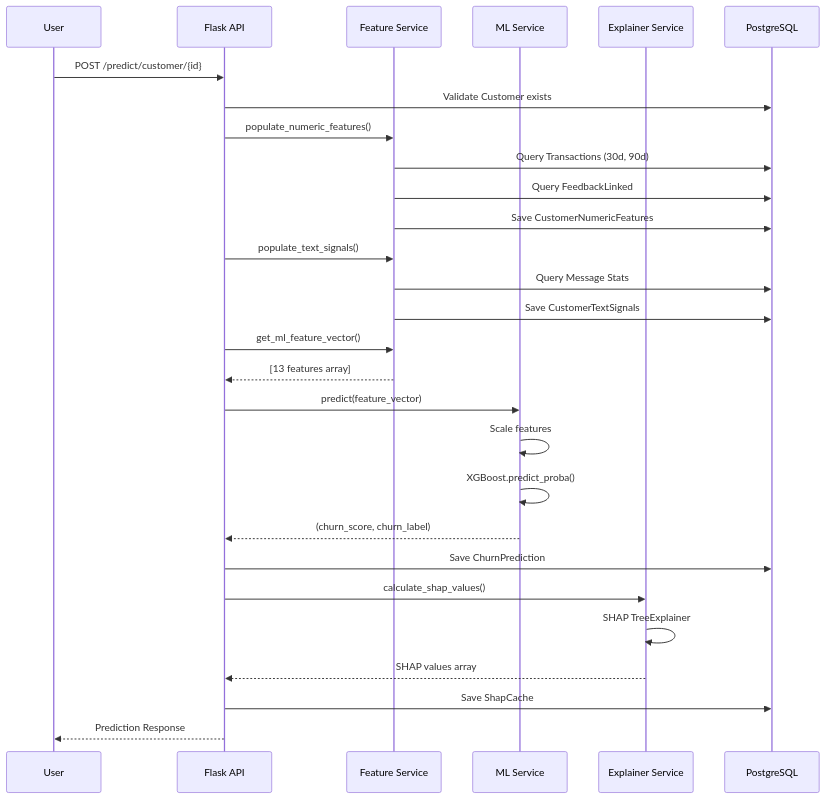
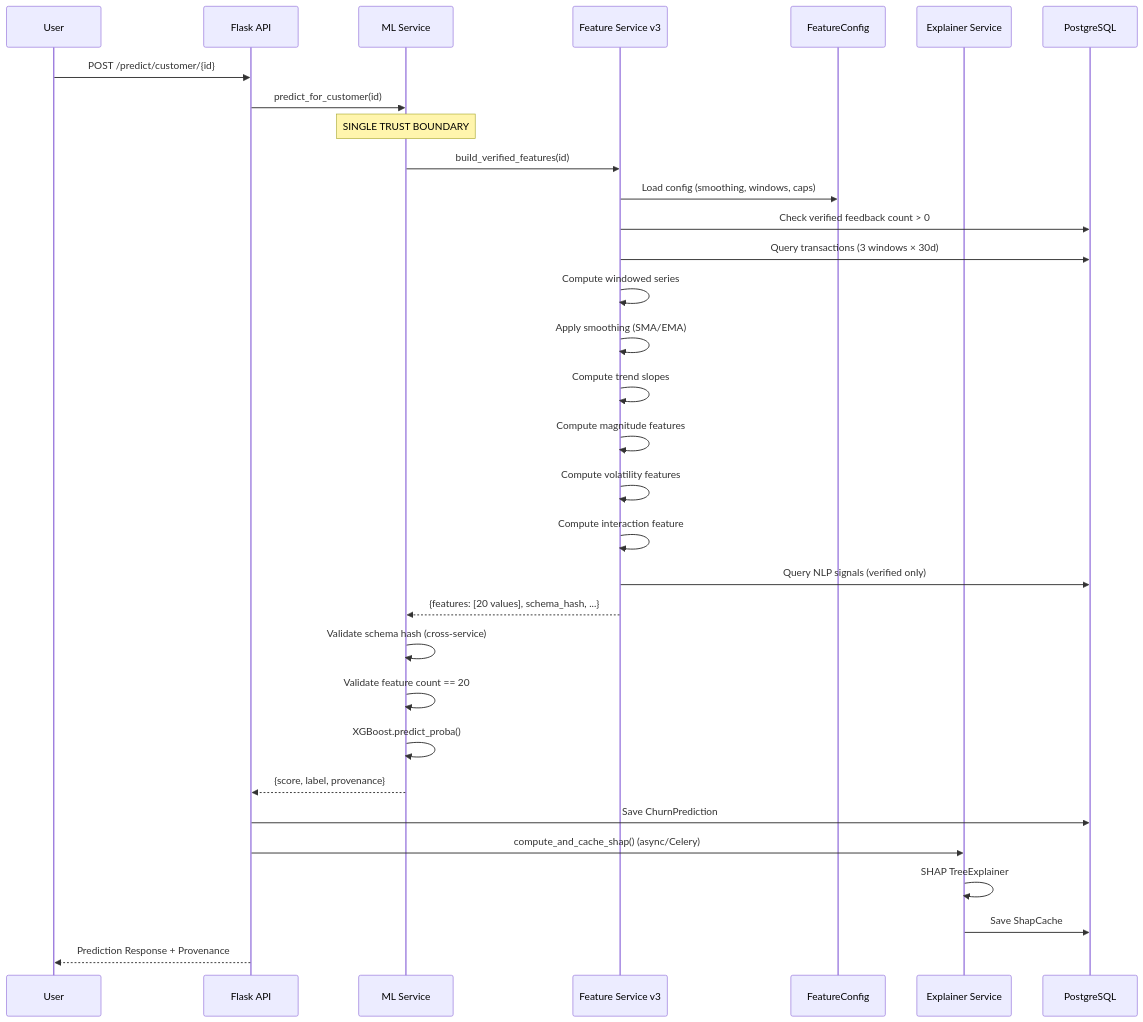
The fourth of 15 diagrams in DOKUMENTASI_SISTEM.md (adamsafril19/Customer-Analitycs--Mamina-), drawn with Mermaid before and after one commit. The commit also changed other lines of this file and 21 other files, not shown here.

Commit message:
feat: implement full-stack customer churn analytics and detail dashboard interface

````diff
--- a/DOKUMENTASI_SISTEM.md
+++ b/DOKUMENTASI_SISTEM.md
@@ -239,38 +272,40 @@
 ```mermaid
 sequenceDiagram
     participant User
     participant API as Flask API
-    participant FS as Feature Service
     participant ML as ML Service
+    participant FS as Feature Service v3
+    participant FC as FeatureConfig
     participant EX as Explainer Service
     participant DB as PostgreSQL
 
     User->>API: POST /predict/customer/{id}
-    API->>DB: Validate Customer exists
+    API->>ML: predict_for_customer(id)
 
-    API->>FS: populate_numeric_features()
-    FS->>DB: Query Transactions (30d, 90d)
-    FS->>DB: Query FeedbackLinked
-    FS->>DB: Save CustomerNumericFeatures
+    Note over ML: SINGLE TRUST BOUNDARY
 
-    API->>FS: populate_text_signals()
-    FS->>DB: Query Message Stats
-    FS->>DB: Save CustomerTextSignals
+    ML->>FS: build_verified_features(id)
+    FS->>FC: Load config (smoothing, windows, caps)
+    FS->>DB: Check verified feedback count > 0
+    FS->>DB: Query transactions (3 windows × 30d)
+    FS->>FS: Compute windowed series
+    FS->>FS: Apply smoothing (SMA/EMA)
+    FS->>FS: Compute trend slopes
+    FS->>FS: Compute magnitude features
+    FS->>FS: Compute volatility features
+    FS->>FS: Compute interaction feature
+    FS->>DB: Query NLP signals (verified only)
+    FS-->>ML: {features: [20 values], schema_hash, ...}
 
-    API->>FS: get_ml_feature_vector()
-    FS-->>API: [13 features array]
-
-    API->>ML: predict(feature_vector)
-    ML->>ML: Scale features
+    ML->>ML: Validate schema hash (cross-service)
+    ML->>ML: Validate feature count == 20
     ML->>ML: XGBoost.predict_proba()
-    ML-->>API: (churn_score, churn_label)
+    ML-->>API: {score, label, provenance}
 
     API->>DB: Save ChurnPrediction
+    API->>EX: compute_and_cache_shap() (async/Celery)
+    EX->>EX: SHAP TreeExplainer
+    EX->>DB: Save ShapCache
 
-    API->>EX: calculate_shap_values()
-    EX->>EX: SHAP TreeExplainer
-    EX-->>API: SHAP values array
-
-    API->>DB: Save ShapCache
-    API-->>User: Prediction Response
+    API-->>User: Prediction Response + Provenance
 ```
````
